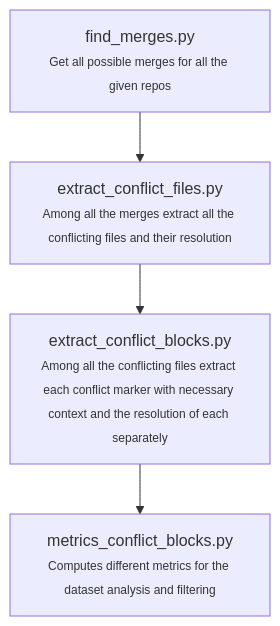
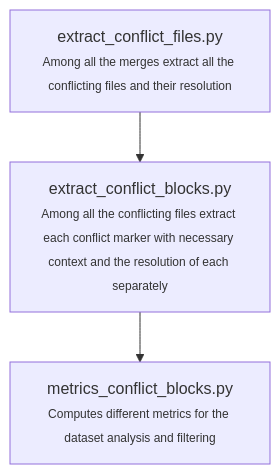
One commit to benedikt-schesch/Merge-Bench-Builder changed the diagram in README.md. Above: the diagram before and after it, drawn with Mermaid. The commit also changed other lines of this file and 85 other files, not shown here.

````diff
--- a/README.md
+++ b/README.md
@@ -30,4 +50,4 @@
 ```mermaid
 graph TD
-    find_merges.py["find_merges.py<br/><span style='font-size:12px;'>Get all possible merges for all the given repos</span>"] --> extract_conflict_files.py["extract_conflict_files.py<br/><span style='font-size:12px;'>Among all the merges extract all the conflicting files and their resolution</span>"] --> extract_conflict_blocks.py["extract_conflict_blocks.py<br/><span style='font-size:12px;'>Among all the conflicting files extract each conflict marker with necessary context and the resolution of each separately</span>"] --> metrics_conflict_blocks.py["metrics_conflict_blocks.py<br/><span style='font-size:12px;'>Computes different metrics for the dataset analysis and filtering</span>"]
+    get_conflict_files.py["extract_conflict_files.py<br/><span style='font-size:12px;'>Among all the merges extract all the conflicting files and their resolution</span>"] --> extract_conflict_blocks.py["extract_conflict_blocks.py<br/><span style='font-size:12px;'>Among all the conflicting files extract each conflict marker with necessary context and the resolution of each separately</span>"] --> metrics_conflict_blocks.py["metrics_conflict_blocks.py<br/><span style='font-size:12px;'>Computes different metrics for the dataset analysis and filtering</span>"]
 ```
````
